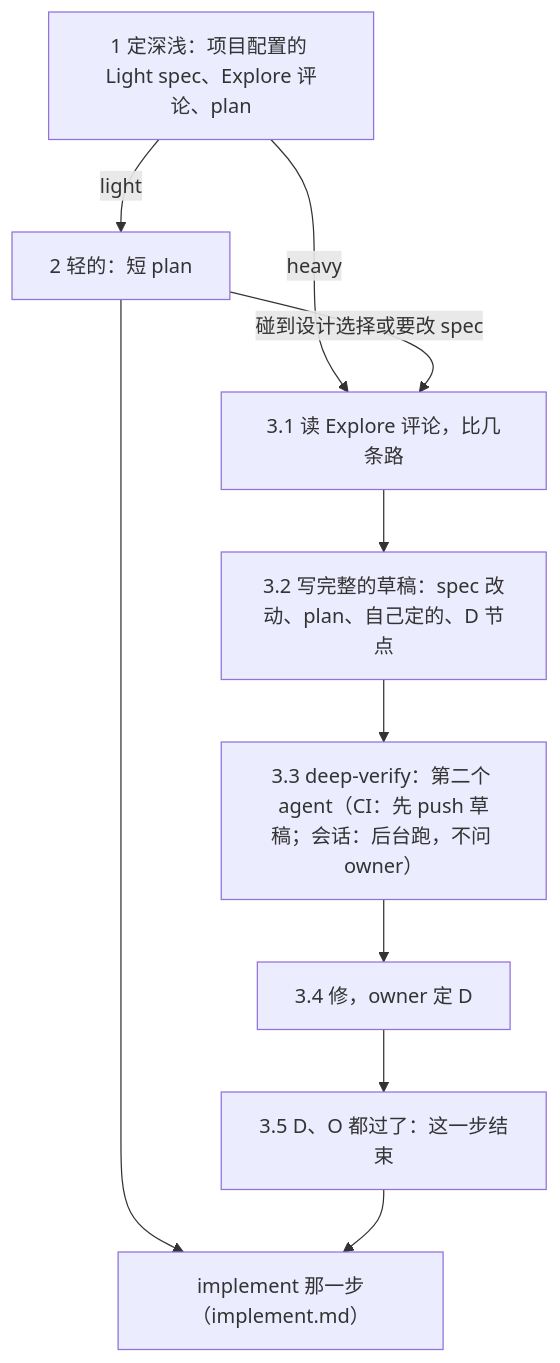
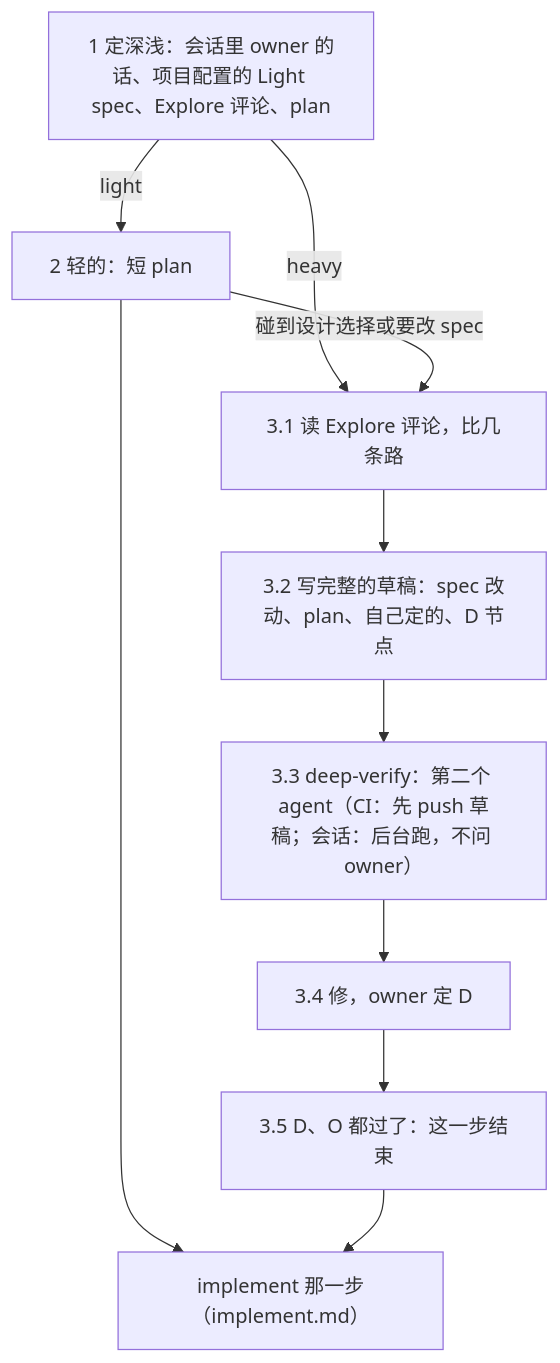
Before and after one commit to shiyuann/aboveloop: the diagram in skills/builder/references/spec.md, drawn with Mermaid. The commit also changed other lines of this file and 37 other files, not shown here.

````diff
--- a/skills/builder/references/spec.md
+++ b/skills/builder/references/spec.md
@@ -10,12 +10,12 @@
 ```mermaid
 flowchart TB
-  A["1 定深浅：项目配置的 Light spec、Explore 评论、plan"] -->|light| L["2 轻的：短 plan"]
+  A["1 定深浅：会话里 owner 的话、项目配置的 Light spec、Explore 评论、plan"] -->|light| L["2 轻的：短 plan"]
   A -->|heavy| H1["3.1 读 Explore 评论，比几条路"]
   L -->|"碰到设计选择或要改 spec"| H1
   H1 --> H2["3.2 写完整的草稿：spec 改动、plan、自己定的、D 节点"]
   H2 --> H3["3.3 deep-verify：第二个 agent（CI：先 push 草稿；会话：后台跑，不问 owner）"]
   H3 --> H4["3.4 修，owner 定 D"]
   H4 --> H5["3.5 D、O 都过了：这一步结束"]
   L --> E["implement 那一步（implement.md）"]
   H5 --> E
 ```
````
